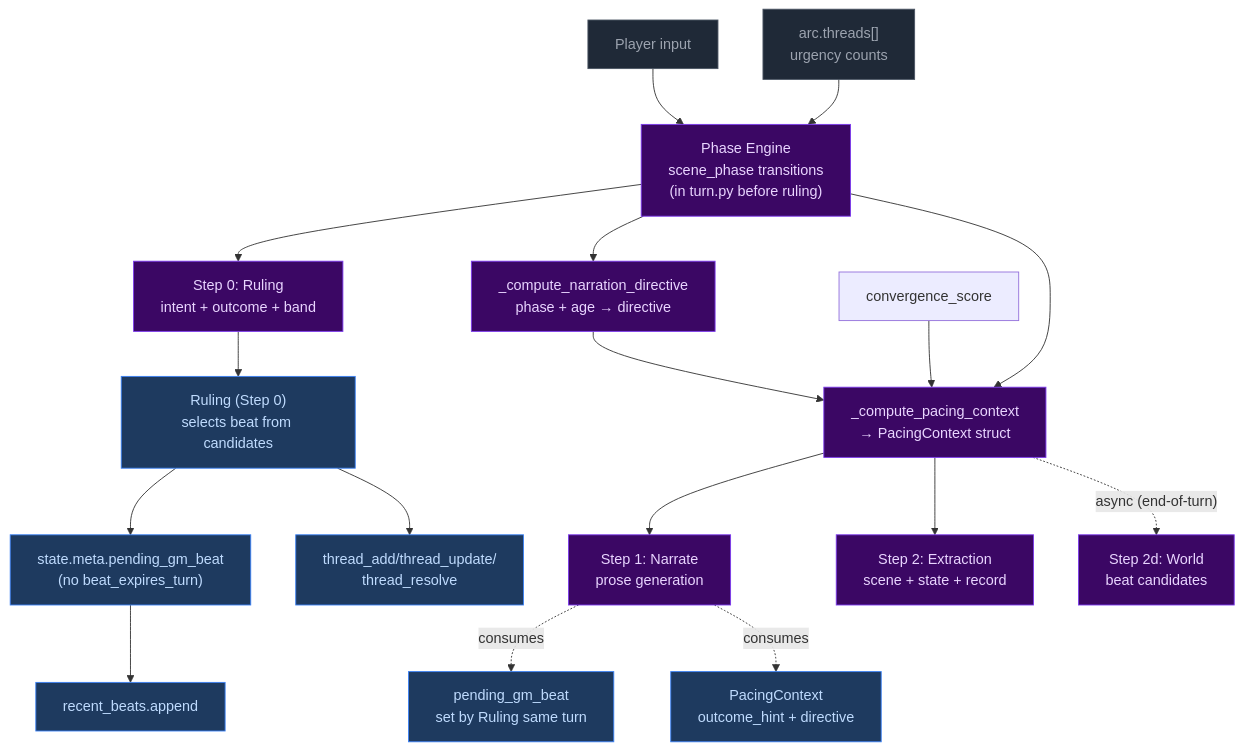
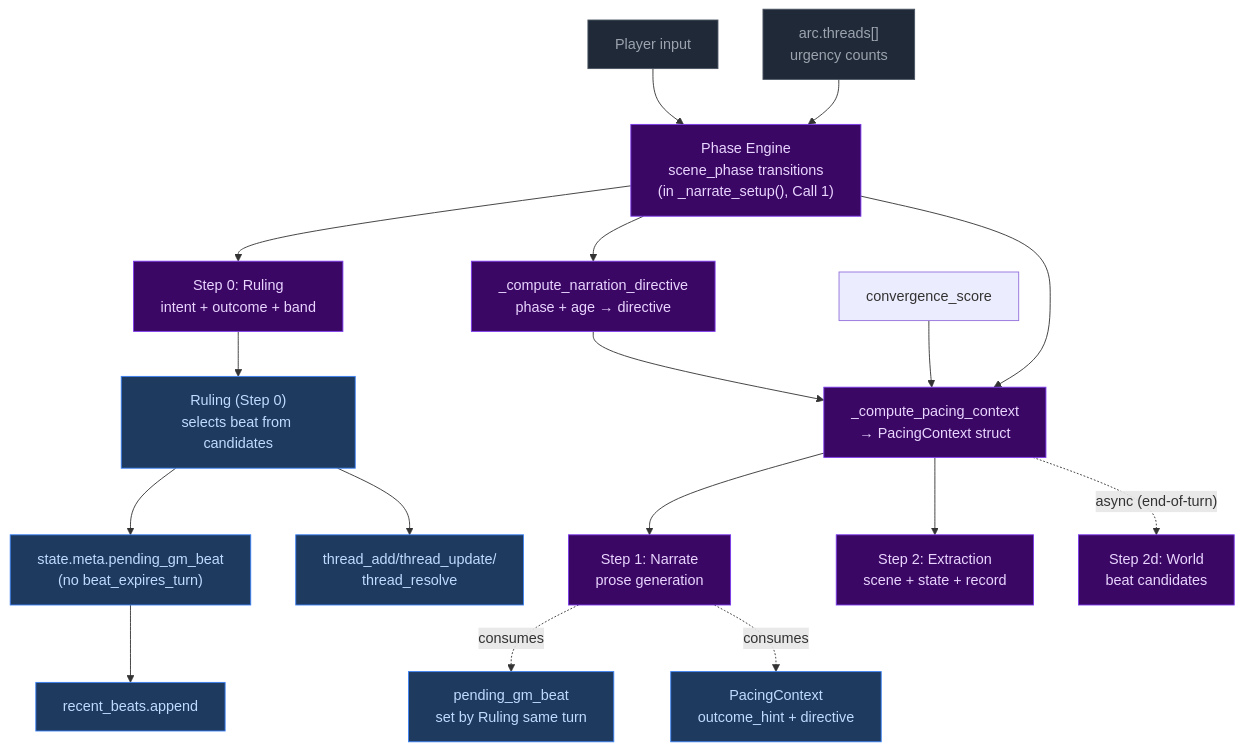
The seventh of 7 diagrams in docs/architecture/pacing-systems.md (pww217/fablethread), drawn with Mermaid before and after one commit. The commit also changed other lines of this file and 17 other files, not shown here.

First line of the commit message:
Consolidated eval findings (21) into 4 roadmap tickets + updated architecture docs

````diff
--- a/docs/architecture/pacing-systems.md
+++ b/docs/architecture/pacing-systems.md
@@ -273,36 +273,36 @@
 ```mermaid
 flowchart TD
     classDef input fill:#1f2937,color:#9ca3af,stroke:#4b5563
     classDef decision fill:#3b0764,color:#e9d5ff,stroke:#7c3aed
     classDef output fill:#1e3a5f,color:#bfdbfe,stroke:#3b82f6
     classDef system fill:#3b0764,color:#e9d5ff,stroke:#7c3aed,strokeWidth:2px
 
-    INPUT["Player input"]:::input --> PHASE["Phase Engine<br>scene_phase transitions<br>(in turn.py before ruling)"]:::system
+    INPUT["Player input"]:::input --> PHASE["Phase Engine<br>scene_phase transitions<br>(in _narrate_setup(), Call 1)"]:::system
 
     THREADS["arc.threads[]<br>urgency counts"]:::input --> PHASE
 
     PHASE --> RULING["Step 0: Ruling<br>intent + outcome + band"]:::system
 
     PHASE --> DIR["_compute_narration_directive<br>phase + age → directive"]:::system
 
     PHASE & DIR & CS["convergence_score"] --> PC["_compute_pacing_context<br>→ PacingContext struct"]:::system
 
     PC --> NARRATE["Step 1: Narrate<br>prose generation"]:::system
     PC --> EXTRACTION["Step 2: Extraction<br>scene + state + record"]:::system
     PC -. "async (end-of-turn)" .-> WORLD["Step 2d: World<br>beat candidates"]:::system
 
     NARRATE -. "consumes" .-> N_GM["pending_gm_beat<br>set by Ruling same turn"]:::output
     NARRATE -. "consumes" .-> N_PC["PacingContext<br>outcome_hint + directive"]:::output
 
     RULING --> RULING_EARLY["Ruling (Step 0)<br>selects beat from candidates"]:::output
     RULING_EARLY --> BEAT_STORE["state.meta.pending_gm_beat<br>(no beat_expires_turn)"]:::output
     RULING_EARLY --> THREADS2["thread_add/thread_update/<br>thread_resolve"]:::output
 
     BEAT_STORE --> HISTORY["recent_beats.append"]:::output
 
     style RULING fill:#3b0764,color:#e9d5ff,stroke:#7c3aed,strokeWidth:2px
     style PHASE fill:#3b0764,color:#e9d5ff,stroke:#7c3aed,strokeWidth:2px
     style PC fill:#3b0764,color:#e9d5ff,stroke:#7c3aed,strokeWidth:2px
     style NARRATE fill:#3b0764,color:#e9d5ff,stroke:#7c3aed,strokeWidth:2px
     style EXTRACTION fill:#3b0764,color:#e9d5ff,stroke:#7c3aed,strokeWidth:2px
 ```
````
